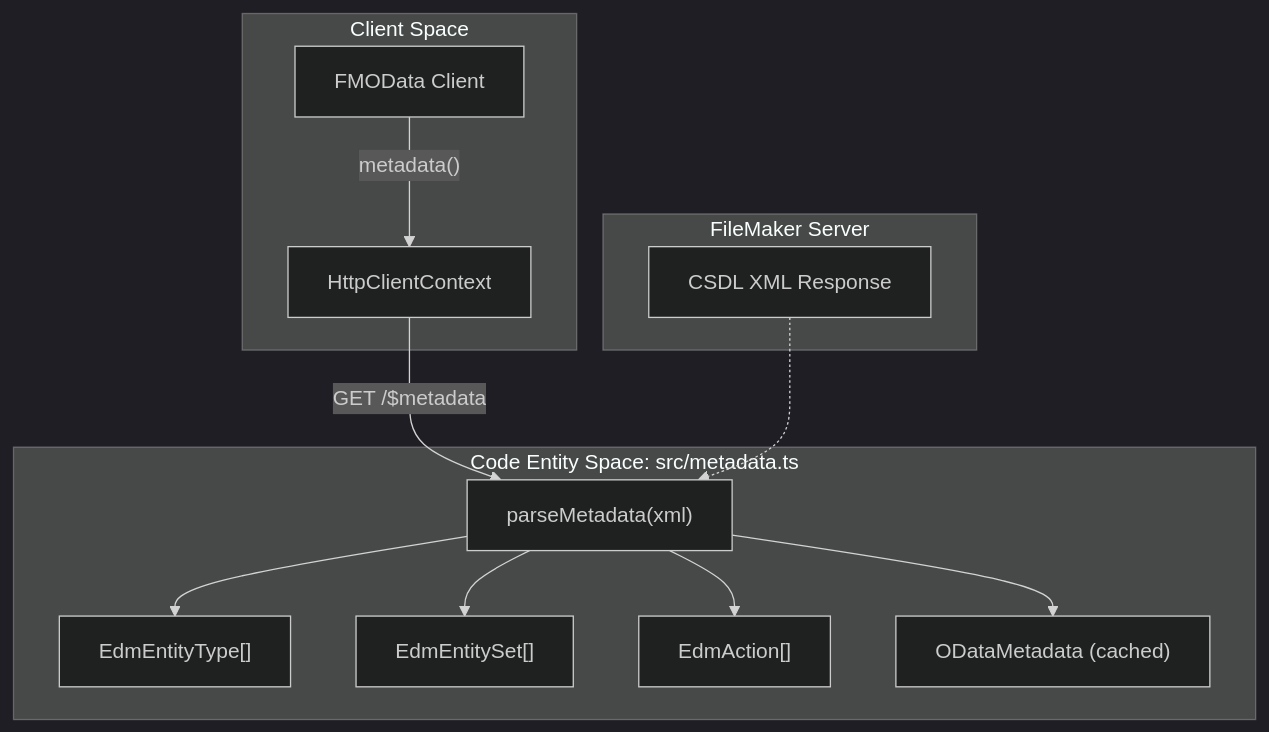
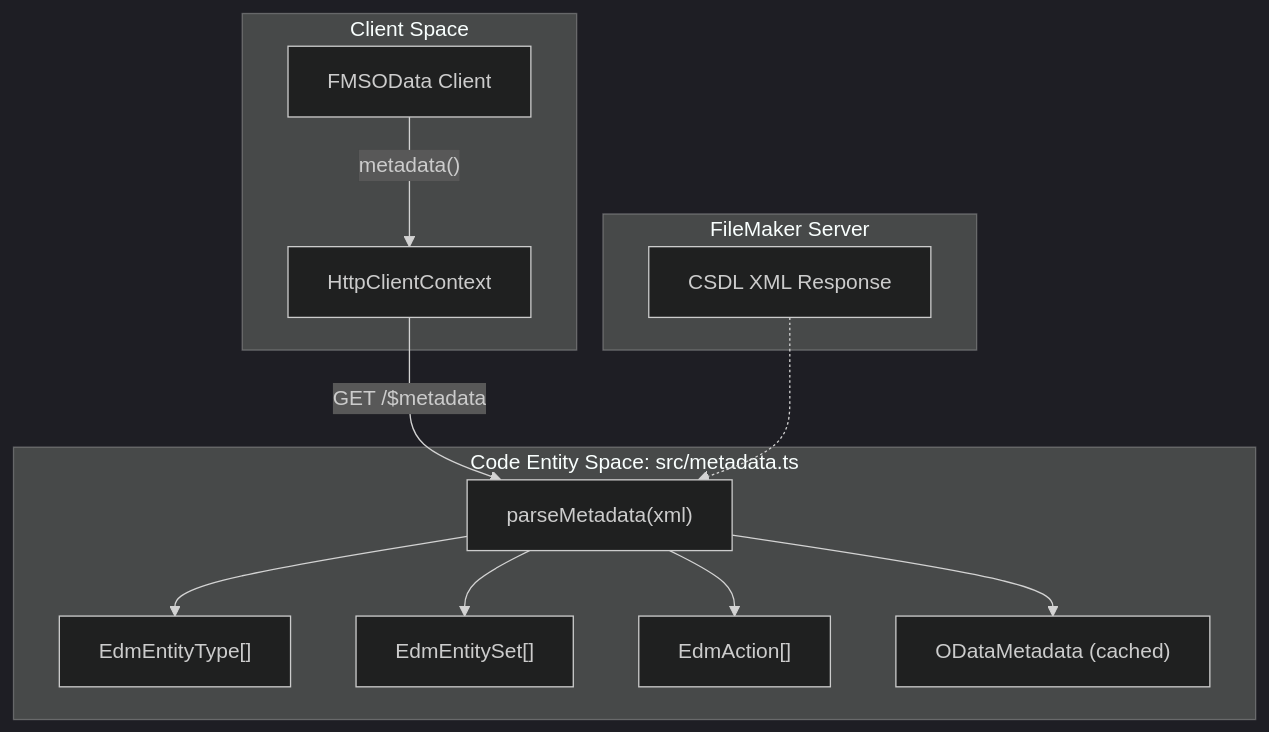
The first of 2 diagrams in wiki/05.2-metadata-and-batch-m5-m6.md (fsans/fms-odata-js), drawn with Mermaid (dark theme) before and after one commit. The commit also changed other lines of this file and 85 other files, not shown here.

````diff
--- a/wiki/05.2-metadata-and-batch-m5-m6.md
+++ b/wiki/05.2-metadata-and-batch-m5-m6.md
@@ -23,18 +23,18 @@
 ```mermaid
 graph TD
     subgraph "Client Space"
-        A["FMOData Client"] -- "metadata()" --> B["HttpClientContext"]
+        A["FMSOData Client"] -- "metadata()" --> B["HttpClientContext"]
     end
 
     subgraph "Code Entity Space: src/metadata.ts"
         B -- "GET /$metadata" --> C["parseMetadata(xml)"]
         C --> E["EdmEntityType[]"]
         C --> F["EdmEntitySet[]"]
         C --> G["EdmAction[]"]
         C --> H["ODataMetadata (cached)"]
     end
 
     subgraph "FileMaker Server"
         I["CSDL XML Response"] -.-> C
     end
 ```
````
